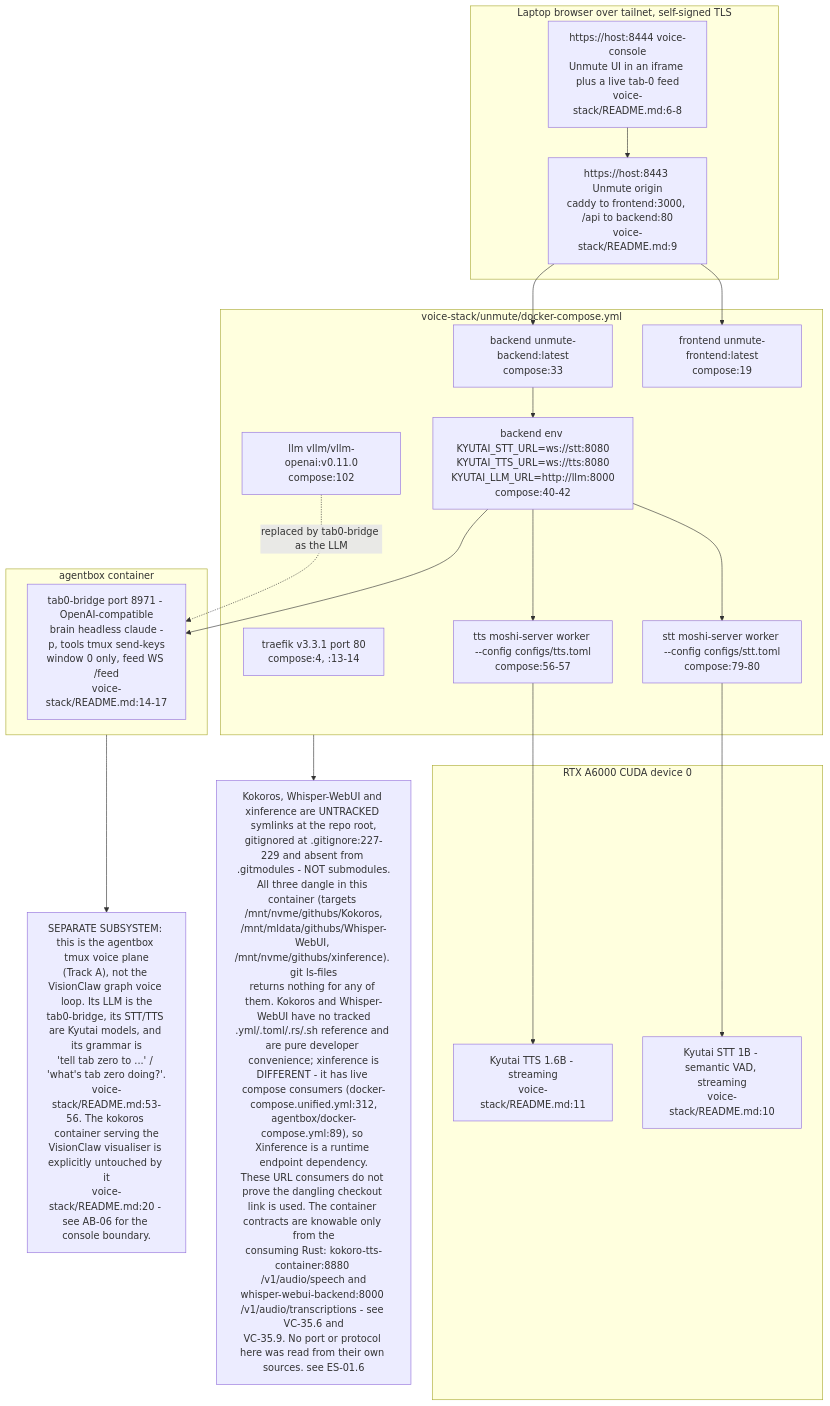
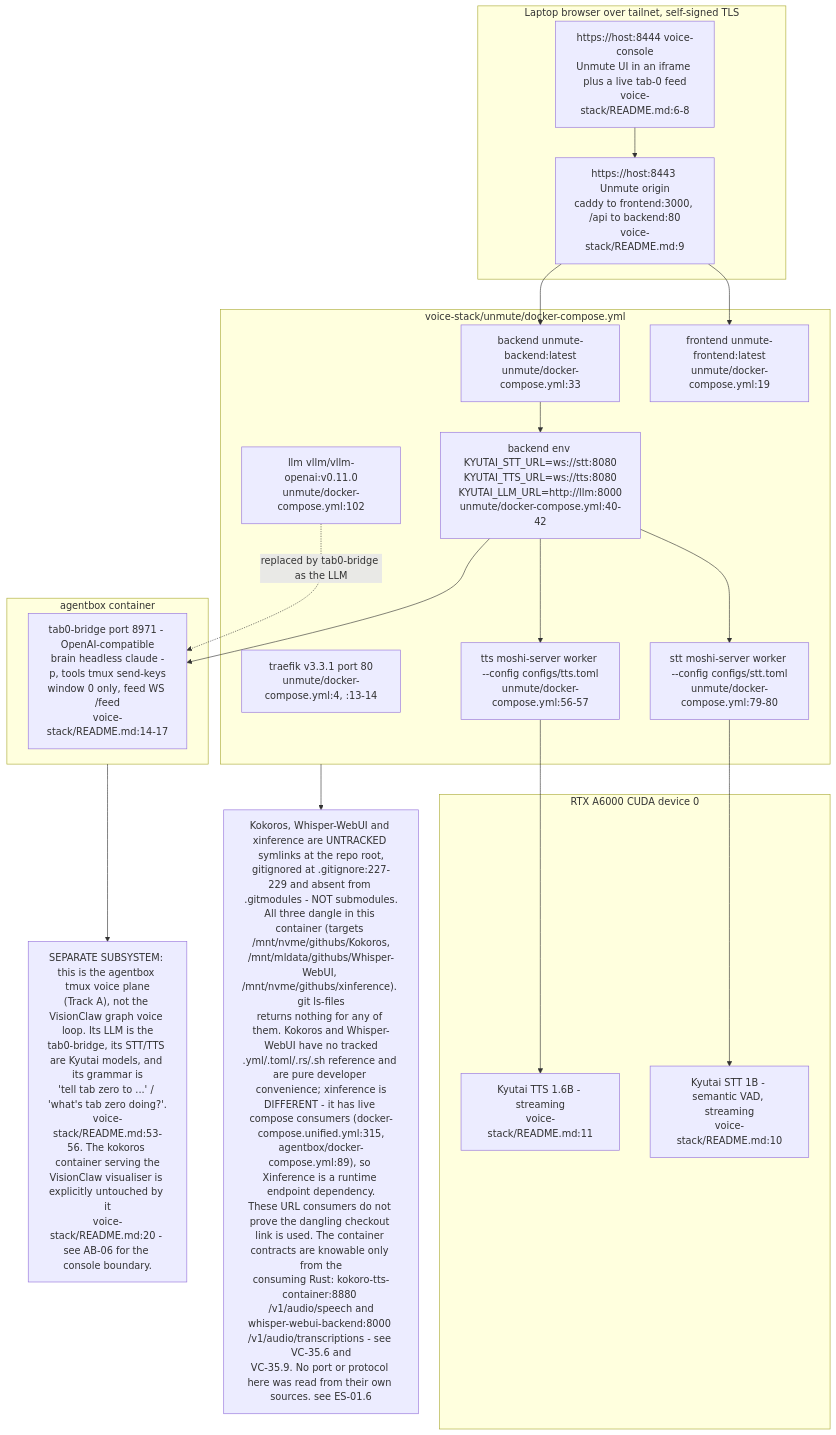
Diagram 12 of 12 in docs/diagrams/visionclaw/35-voice-end-to-end.md (DreamLab-AI/VisionFlow), drawn with Mermaid before and after one commit. The commit also changed other lines of this file and 51 other files, not shown here.

First line of the commit message:
docs(diagrams): agentbox AB-01..13 re-attested anchor by anchor (980 anchors, 22 defects); checkpoint against an out-of-mesh writer

````diff
--- a/docs/diagrams/visionclaw/35-voice-end-to-end.md
+++ b/docs/diagrams/visionclaw/35-voice-end-to-end.md
@@ -576,37 +576,37 @@
 ```mermaid
 flowchart TB
     subgraph lap["Laptop browser over tailnet, self-signed TLS"]
         L1["https://host:8444 voice-console<br/>Unmute UI in an iframe plus a live tab-0 feed<br/>voice-stack/README.md:6-8"]
         L2["https://host:8443 Unmute origin<br/>caddy to frontend:3000, /api to backend:80<br/>voice-stack/README.md:9"]
     end
     subgraph gpu["RTX A6000 CUDA device 0"]
         S1["Kyutai STT 1B - semantic VAD, streaming<br/>voice-stack/README.md:10"]
         S2["Kyutai TTS 1.6B - streaming<br/>voice-stack/README.md:11"]
     end
     subgraph compose["voice-stack/unmute/docker-compose.yml"]
-        C1["traefik v3.3.1 port 80<br/>compose:4, :13-14"]
-        C2["frontend unmute-frontend:latest<br/>compose:19"]
-        C3["backend unmute-backend:latest<br/>compose:33"]
-        C4["stt moshi-server worker --config configs/stt.toml<br/>compose:79-80"]
-        C5["tts moshi-server worker --config configs/tts.toml<br/>compose:56-57"]
-        C6["llm vllm/vllm-openai:v0.11.0<br/>compose:102"]
-        C7["backend env KYUTAI_STT_URL=ws://stt:8080<br/>KYUTAI_TTS_URL=ws://tts:8080<br/>KYUTAI_LLM_URL=http://llm:8000<br/>compose:40-42"]
+        C1["traefik v3.3.1 port 80<br/>unmute/docker-compose.yml:4, :13-14"]
+        C2["frontend unmute-frontend:latest<br/>unmute/docker-compose.yml:19"]
+        C3["backend unmute-backend:latest<br/>unmute/docker-compose.yml:33"]
+        C4["stt moshi-server worker --config configs/stt.toml<br/>unmute/docker-compose.yml:79-80"]
+        C5["tts moshi-server worker --config configs/tts.toml<br/>unmute/docker-compose.yml:56-57"]
+        C6["llm vllm/vllm-openai:v0.11.0<br/>unmute/docker-compose.yml:102"]
+        C7["backend env KYUTAI_STT_URL=ws://stt:8080<br/>KYUTAI_TTS_URL=ws://tts:8080<br/>KYUTAI_LLM_URL=http://llm:8000<br/>unmute/docker-compose.yml:40-42"]
     end
     subgraph box["agentbox container"]
         B1["tab0-bridge port 8971 - OpenAI-compatible<br/>brain headless claude -p, tools tmux send-keys<br/>window 0 only, feed WS /feed<br/>voice-stack/README.md:14-17"]
     end
     L1 --> L2
     L2 --> C2
     L2 --> C3
     C3 --> C7
     C7 --> C4
     C7 --> C5
     C7 --> B1
     C4 --> S1
     C5 --> S2
     C6 -. "replaced by tab0-bridge as the LLM" .-> B1
     box --> SEP
     SEP["SEPARATE SUBSYSTEM: this is the agentbox tmux voice plane<br/>(Track A), not the VisionClaw graph voice loop. Its LLM is the<br/>tab0-bridge, its STT/TTS are Kyutai models, and its grammar is<br/>'tell tab zero to ...' / 'what's tab zero doing?'.<br/>voice-stack/README.md:53-56. The kokoros container serving the<br/>VisionClaw visualiser is explicitly untouched by it<br/>voice-stack/README.md:20 - see AB-06 for the console boundary."]
     compose --> DIV
-    DIV["Kokoros, Whisper-WebUI and xinference are UNTRACKED symlinks at the repo root,<br/>gitignored at .gitignore:227-229 and absent from .gitmodules - NOT submodules.<br/>All three dangle in this container (targets /mnt/nvme/githubs/Kokoros,<br/>/mnt/mldata/githubs/Whisper-WebUI, /mnt/nvme/githubs/xinference). git ls-files<br/>returns nothing for any of them. Kokoros and Whisper-WebUI have no tracked<br/>.yml/.toml/.rs/.sh reference and are pure developer convenience; xinference is<br/>DIFFERENT - it has live compose consumers (docker-compose.unified.yml:312,<br/>agentbox/docker-compose.yml:89), so Xinference is a runtime endpoint dependency.<br/>These URL consumers do not prove the dangling checkout link is used. The container contracts are knowable only from the<br/>consuming Rust: kokoro-tts-container:8880 /v1/audio/speech and<br/>whisper-webui-backend:8000 /v1/audio/transcriptions - see VC-35.6 and<br/>VC-35.9. No port or protocol here was read from their own sources. see ES-01.6"]
+    DIV["Kokoros, Whisper-WebUI and xinference are UNTRACKED symlinks at the repo root,<br/>gitignored at .gitignore:227-229 and absent from .gitmodules - NOT submodules.<br/>All three dangle in this container (targets /mnt/nvme/githubs/Kokoros,<br/>/mnt/mldata/githubs/Whisper-WebUI, /mnt/nvme/githubs/xinference). git ls-files<br/>returns nothing for any of them. Kokoros and Whisper-WebUI have no tracked<br/>.yml/.toml/.rs/.sh reference and are pure developer convenience; xinference is<br/>DIFFERENT - it has live compose consumers (docker-compose.unified.yml:315,<br/>agentbox/docker-compose.yml:89), so Xinference is a runtime endpoint dependency.<br/>These URL consumers do not prove the dangling checkout link is used. The container contracts are knowable only from the<br/>consuming Rust: kokoro-tts-container:8880 /v1/audio/speech and<br/>whisper-webui-backend:8000 /v1/audio/transcriptions - see VC-35.6 and<br/>VC-35.9. No port or protocol here was read from their own sources. see ES-01.6"]
 ```
````
